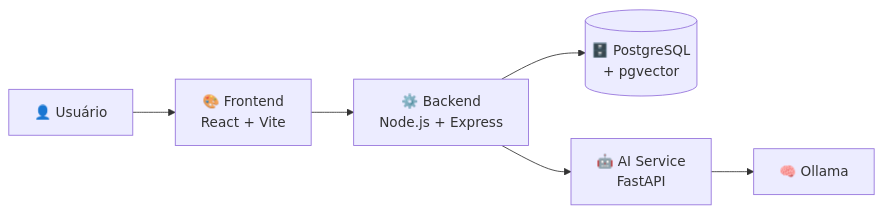
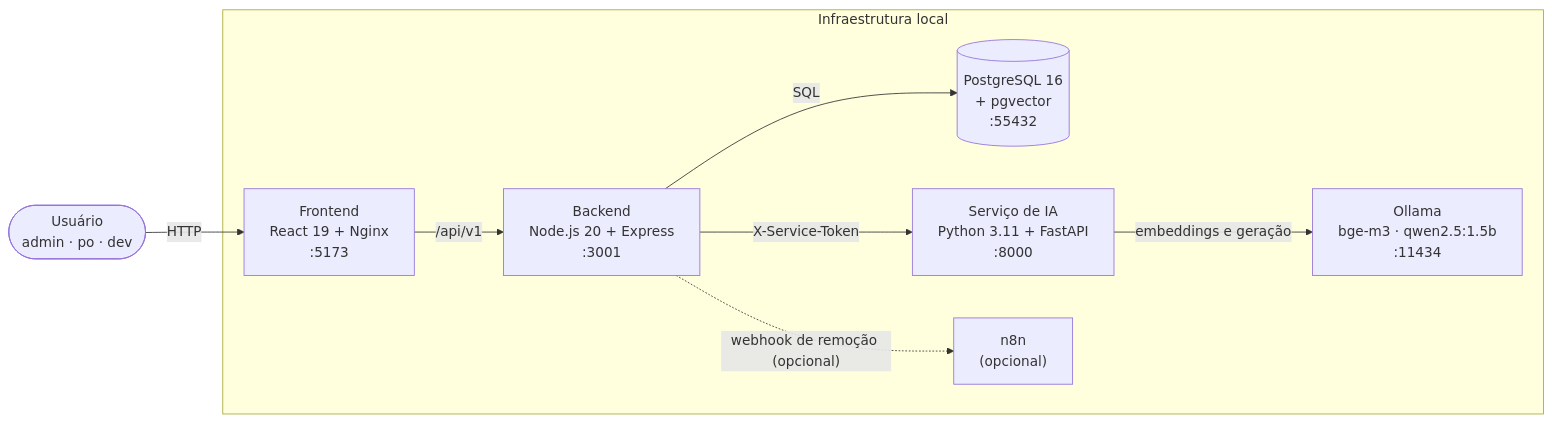
Before and after one commit to Galaticos-API/API-4: the first of 4 diagrams in README.md, drawn with Mermaid. The commit also changed other lines of this file, not shown here.

````diff
--- a/README.md
+++ b/README.md
@@ -175,16 +238,20 @@
 ```mermaid
 flowchart LR
-    U["👤 Usuário"]
+    U(["Usuário<br/>admin · po · dev"])
 
-    F["🎨 Frontend<br/>React + Vite"]
-    B["⚙️ Backend<br/>Node.js + Express"]
-    DB[("🗄️ PostgreSQL<br/>+ pgvector")]
-    AI["🤖 AI Service<br/>FastAPI"]
-    O["🧠 Ollama"]
+    subgraph Local["Infraestrutura local"]
+        F["Frontend<br/>React 19 + Nginx<br/>:5173"]
+        B["Backend<br/>Node.js 20 + Express<br/>:3001"]
+        DB[("PostgreSQL 16<br/>+ pgvector<br/>:55432")]
+        AI["Serviço de IA<br/>Python 3.11 + FastAPI<br/>:8000"]
+        O["Ollama<br/>bge-m3 · qwen2.5:1.5b<br/>:11434"]
+        N["n8n<br/>(opcional)"]
+    end
 
-    U --> F
-    F --> B
-    B --> DB
-    B --> AI
-    AI --> O
+    U -->|HTTP| F
+    F -->|"/api/v1"| B
+    B -->|SQL| DB
+    B -->|"X-Service-Token"| AI
+    AI -->|"embeddings e geração"| O
+    B -.->|"webhook de remoção (opcional)"| N
 ```
````
